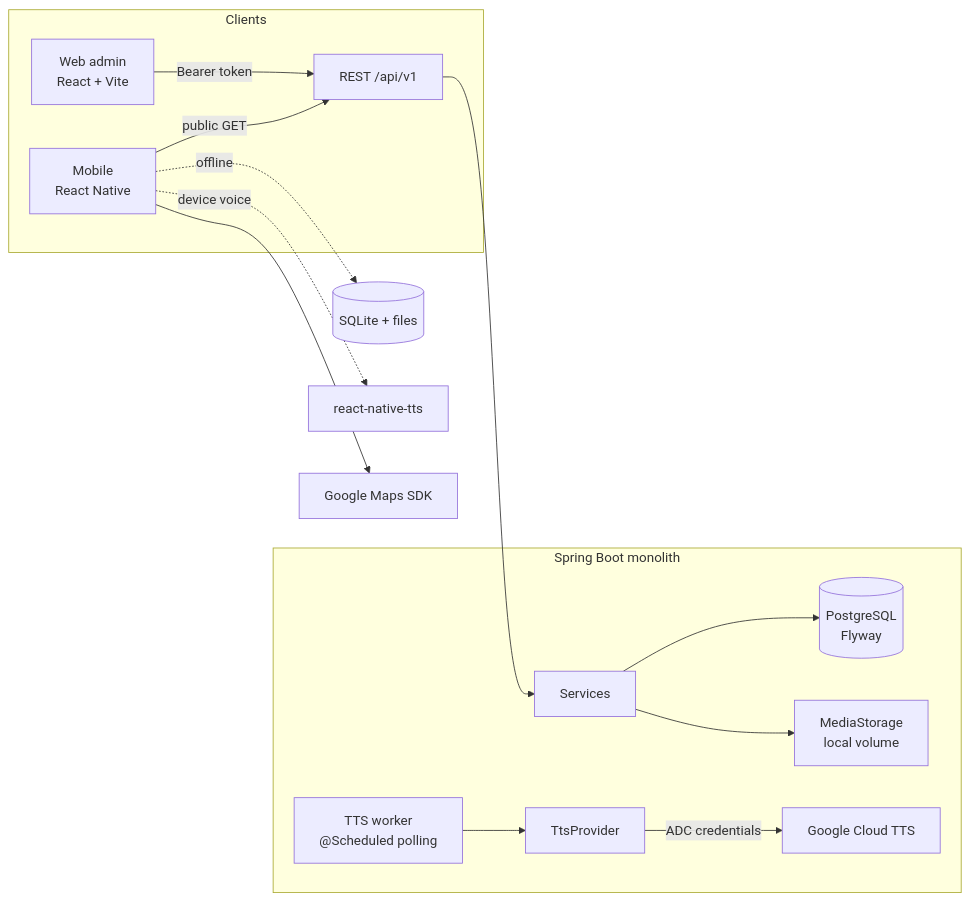
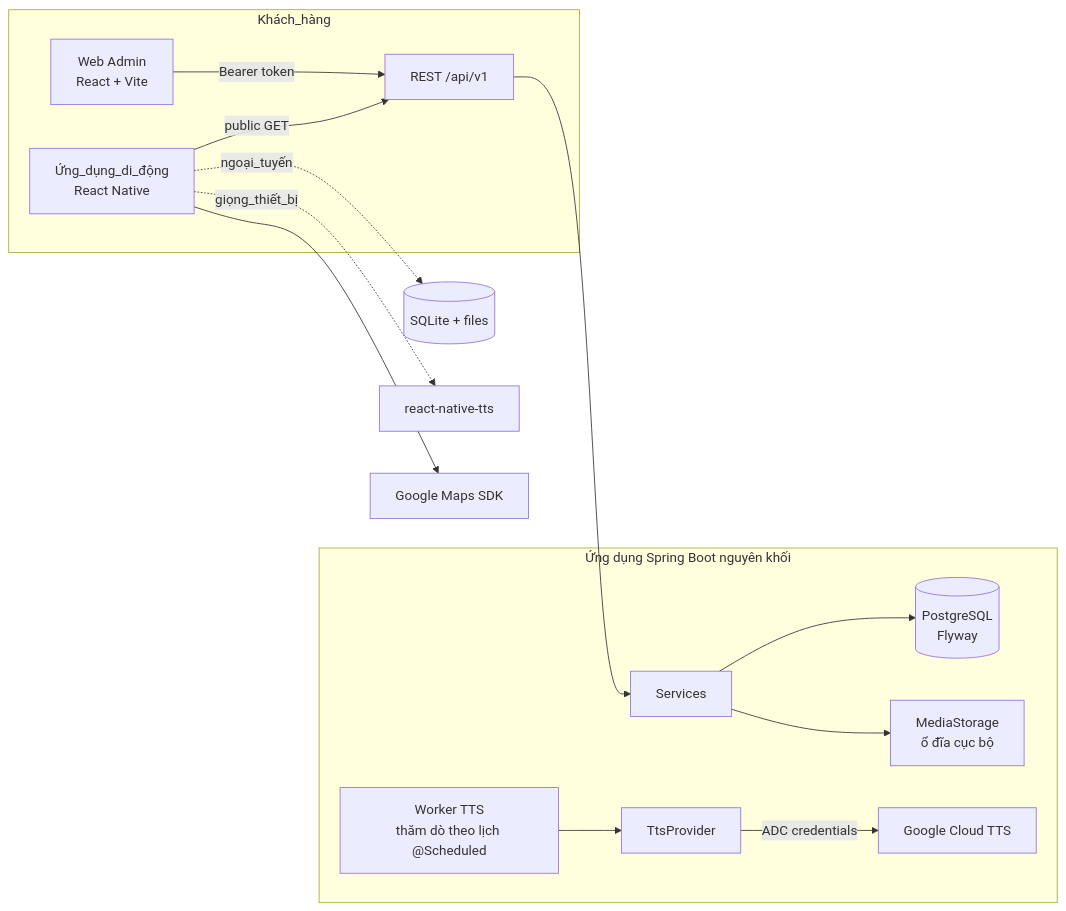
Before and after one commit to HieuTran1806/Multinational-Translator-: the first of 3 diagrams in docs/architecture/architecture.md, drawn with Mermaid. The commit also changed other lines of this file and 20 other files, not shown here.

````diff
--- a/docs/architecture/architecture.md
+++ b/docs/architecture/architecture.md
@@ -7,17 +7,17 @@
 ```mermaid
 flowchart LR
-  subgraph Clients
-    A[Web admin<br/>React + Vite] -->|Bearer token| API
-    M[Mobile<br/>React Native] -->|public GET| API
+  subgraph Khách_hàng
+    A[Web Admin<br/>React + Vite] -->|Bearer token| API
+    M[Ứng_dụng_di_động<br/>React Native] -->|public GET| API
   end
-  subgraph Backend[Spring Boot monolith]
+  subgraph Backend[Ứng dụng Spring Boot nguyên khối]
     API[REST /api/v1] --> S[Services]
     S --> R[(PostgreSQL<br/>Flyway)]
-    S --> MS[MediaStorage<br/>local volume]
-    W[TTS worker<br/>@Scheduled polling] --> TP[TtsProvider]
+    S --> MS[MediaStorage<br/>ổ đĩa cục bộ]
+    W[Worker TTS<br/>thăm dò theo lịch @Scheduled] --> TP[TtsProvider]
     TP -->|ADC credentials| G[Google Cloud TTS]
   end
-  M -. offline .-> SQ[(SQLite + files)]
-  M -. device voice .-> RT[react-native-tts]
+  M -. ngoại_tuyến .-> SQ[(SQLite + files)]
+  M -. giọng_thiết_bị .-> RT[react-native-tts]
   M --> GM[Google Maps SDK]
 ```
````
